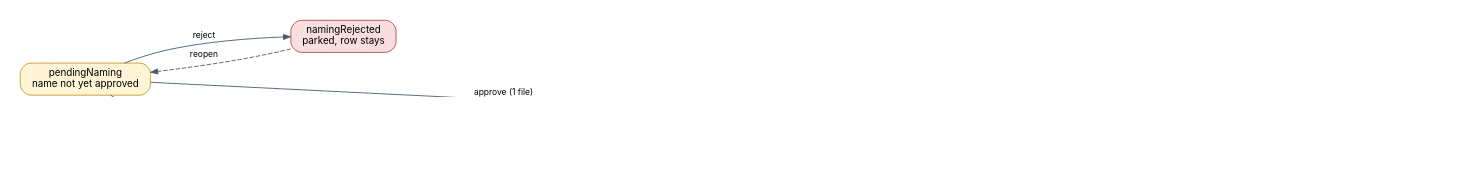
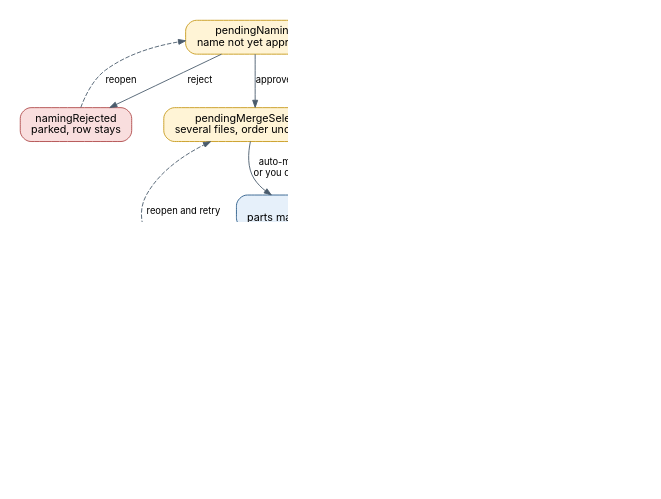
Before and after one commit to MediaMetadataManager/MediaMetadataManager: the diagram in Documentation/images/src/stages.dot, drawn with Graphviz. The commit also changed 47 other files, not shown here.

```diff
--- a/Documentation/images/src/stages.dot
+++ b/Documentation/images/src/stages.dot
@@ -1,23 +1,27 @@
 digraph S {
-  graph [rankdir=LR, fontname="Inter", bgcolor="white", nodesep=0.35, ranksep=0.55, pad=0.3, dpi=170];
-  node  [shape=box, style="rounded,filled", fontname="Inter", fontsize=11, color="#2b5d8a", fillcolor="#e6f0fa", margin="0.16,0.09"];
-  edge  [fontname="Inter", fontsize=9.5, color="#4a5b6c", arrowsize=0.8];
+  graph [rankdir=TB, fontname="Inter", bgcolor="white", nodesep=0.5, ranksep=0.5, pad=0.3, dpi=170, newrank=true];
+  node  [shape=box, style="rounded,filled", fontname="Inter", fontsize=12, color="#2b5d8a", fillcolor="#e6f0fa", margin="0.16,0.09"];
+  edge  [fontname="Inter", fontsize=10.5, color="#4a5b6c", arrowsize=0.8];
   pn  [label="pendingNaming\nname not yet approved", fillcolor="#fff4d6", color="#c79a1c"];
   nr  [label="namingRejected\nparked, row stays", fillcolor="#f9dede", color="#b04a4a"];
   pm  [label="pendingMetadata\none file, match not confident\nor nothing found", fillcolor="#fff4d6", color="#c79a1c"];
   ps  [label="pendingMergeSelection\nseveral files, order unconfirmed", fillcolor="#fff4d6", color="#c79a1c"];
-  mg  [label="merging"];
+  am  [label="alreadyMerged\nfolder already holds a merged file", fillcolor="#fff4d6", color="#c79a1c"];
+  mg  [label="merging\nparts marked Merged afterwards"];
   mf  [label="mergeFailed\nreason shown on the row", fillcolor="#f9dede", color="#b04a4a"];
   pl  [label="pendingLibraryMove\nitem resolved, in the Queue"];
   dn  [label="done\ndelivered (staging folder\nor final destination)", fillcolor="#2f7d4f", fontcolor="white", color="#2f7d4f"];
   pn -> nr [label="reject"];
   nr -> pn [label="reopen", style=dashed];
   pn -> pm [label="approve (1 file)"];
   pn -> ps [label="approve (several)"];
-  pm -> pl [label="confident, or you confirm\n(or continue without metadata)"];
-  ps -> mg [label="auto-merge, or you confirm"];
+  pn -> am [label="approve (several, one is\nalready the merge)"];
+  am -> pm [label="use the merged file"];
+  am -> mg [label="merge the parts anyway"];
+  ps -> mg [label="auto-merge,\nor you confirm"];
   mg -> pm [label="success: merged file\ngets the same check"];
   mg -> mf [label="failure"];
   mf -> ps [label="reopen and retry", style=dashed];
+  pm -> pl [label="confident, or you confirm\n(or continue without metadata)"];
   pl -> dn [label="Queue Start finishes"];
 }
```
